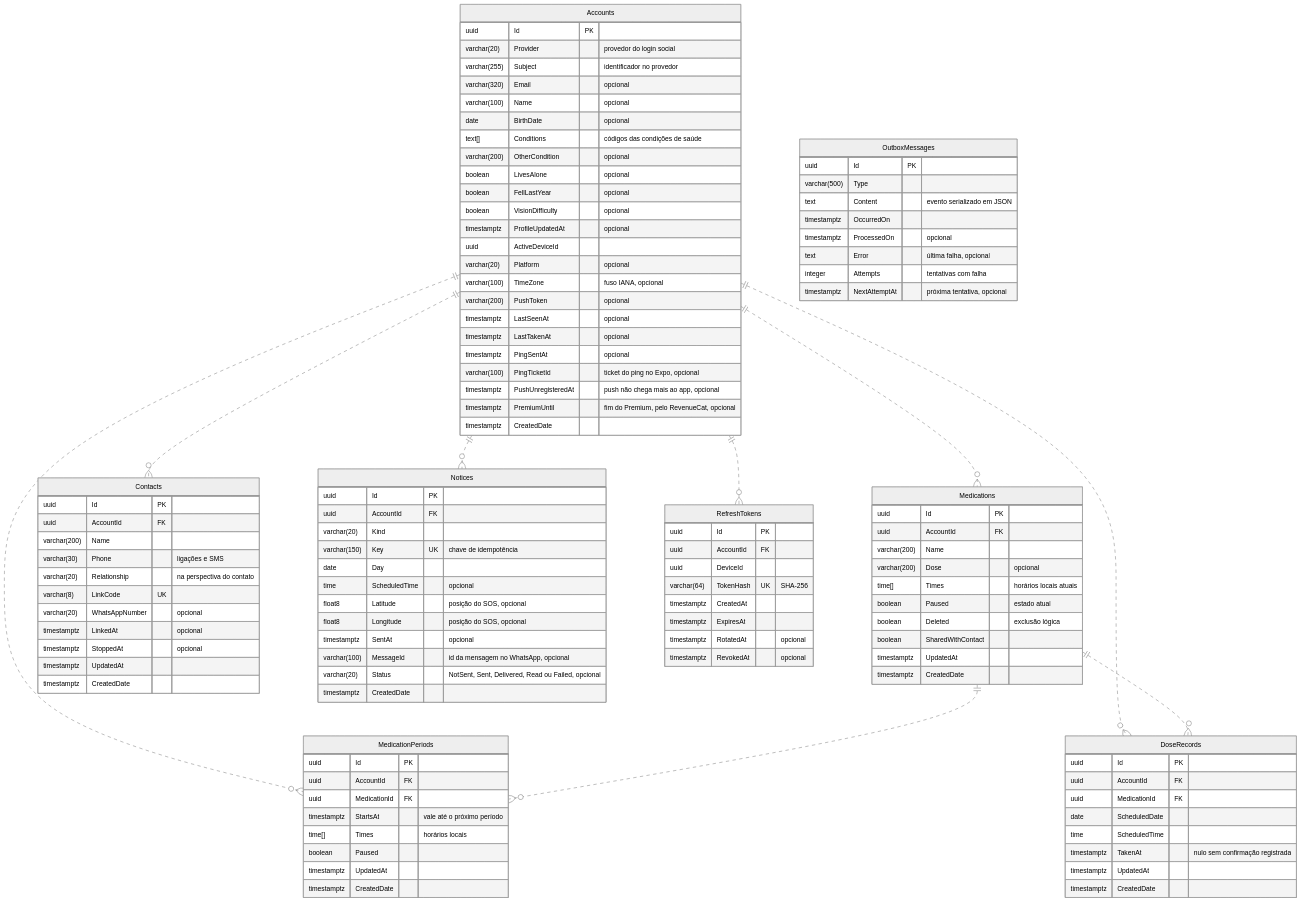
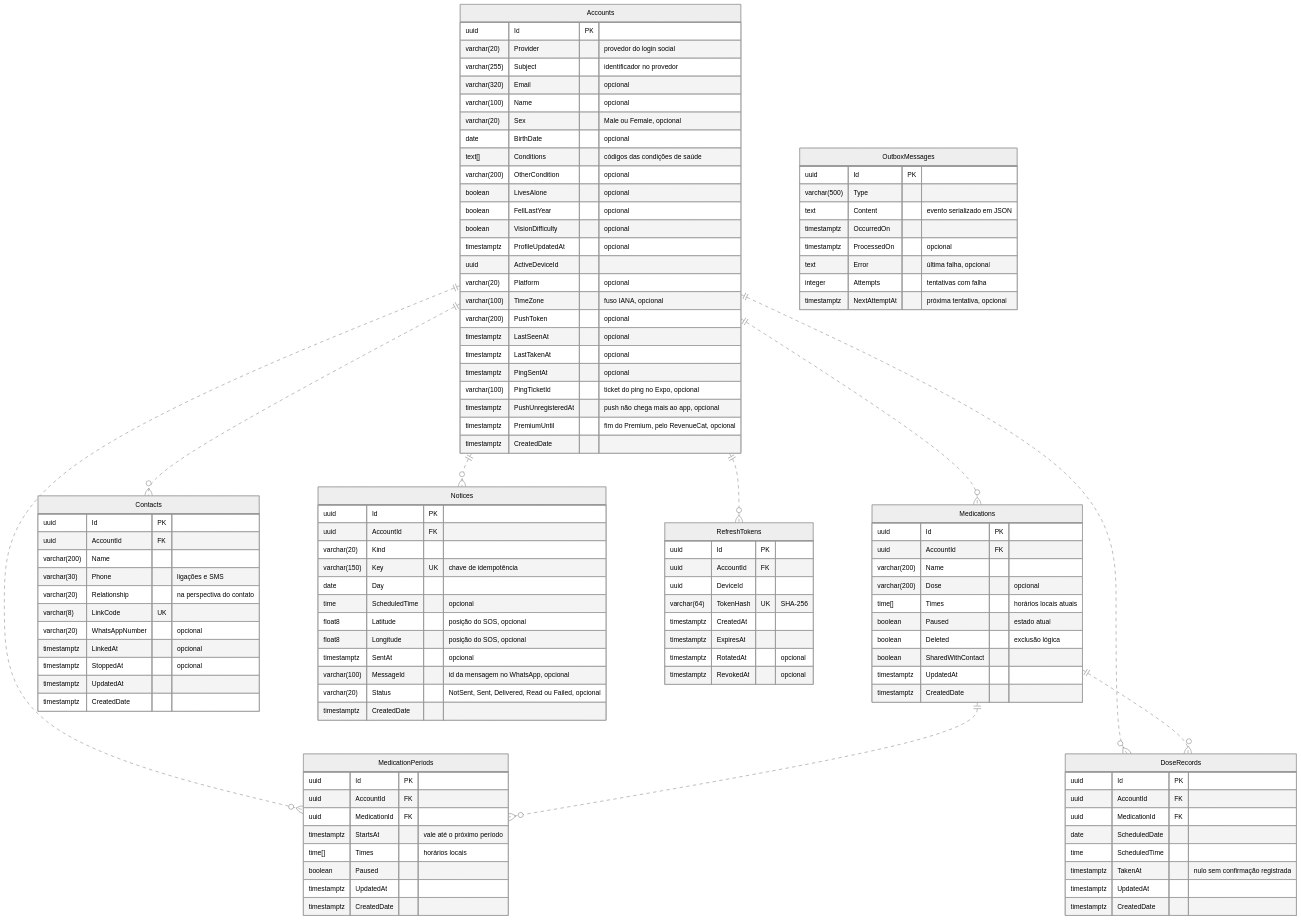
One commit to revo-solutions/cmi changed the diagram in docs/database.md. Above: the diagram before and after it, drawn with Mermaid (neutral theme). The commit also changed 32 other files, not shown here.

```diff
--- a/docs/database.md
+++ b/docs/database.md
@@ -20,6 +20,7 @@
         varchar(255) Subject "identificador no provedor"
         varchar(320) Email "opcional"
         varchar(100) Name "opcional"
+        varchar(20) Sex "Male ou Female, opcional"
         date BirthDate "opcional"
         text[] Conditions "códigos das condições de saúde"
         varchar(200) OtherCondition "opcional"
```
